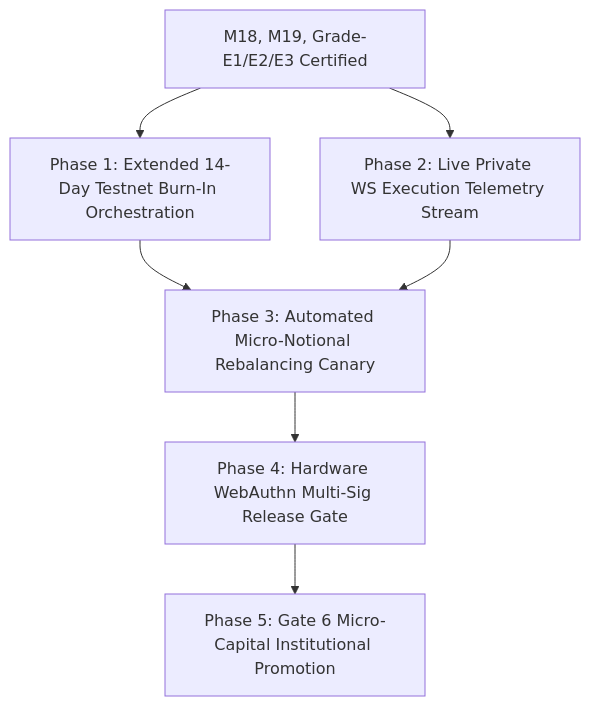
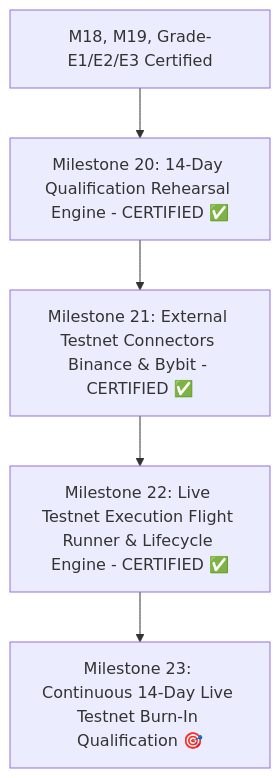
The diagram in Users/azims/CBT/docs/NEXT_SESSION_PLAN.md (cloudshome/CBT), drawn with Mermaid before and after one commit. The commit also changed other lines of this file and 26 other files, not shown here.

Commit message:
feat(testnet): implement live testnet execution flight runner and multi-venue order lifecycle engine (Milestone 22, 32 passing tests)

````diff
--- a/Users/azims/CBT/docs/NEXT_SESSION_PLAN.md
+++ b/Users/azims/CBT/docs/NEXT_SESSION_PLAN.md
@@ -58,9 +58,7 @@
 ```mermaid
 flowchart TD
-    A[M18, M19, Grade-E1/E2/E3 Certified] --> B[Phase 1: Extended 14-Day Testnet Burn-In Orchestration]
-    A --> C[Phase 2: Live Private WS Execution Telemetry Stream]
-    B --> D[Phase 3: Automated Micro-Notional Rebalancing Canary]
-    C --> D
-    D --> E[Phase 4: Hardware WebAuthn Multi-Sig Release Gate]
-    E --> F[Phase 5: Gate 6 Micro-Capital Institutional Promotion]
+    A[M18, M19, Grade-E1/E2/E3 Certified] --> B[Milestone 20: 14-Day Qualification Rehearsal Engine - CERTIFIED ✅]
+    B --> C[Milestone 21: External Testnet Connectors Binance & Bybit - CERTIFIED ✅]
+    C --> D[Milestone 22: Live Testnet Execution Flight Runner & Lifecycle Engine - CERTIFIED ✅]
+    D --> E[Milestone 23: Continuous 14-Day Live Testnet Burn-In Qualification 🎯]
 ```
````
